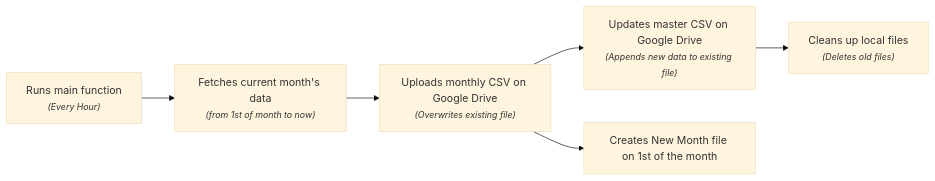
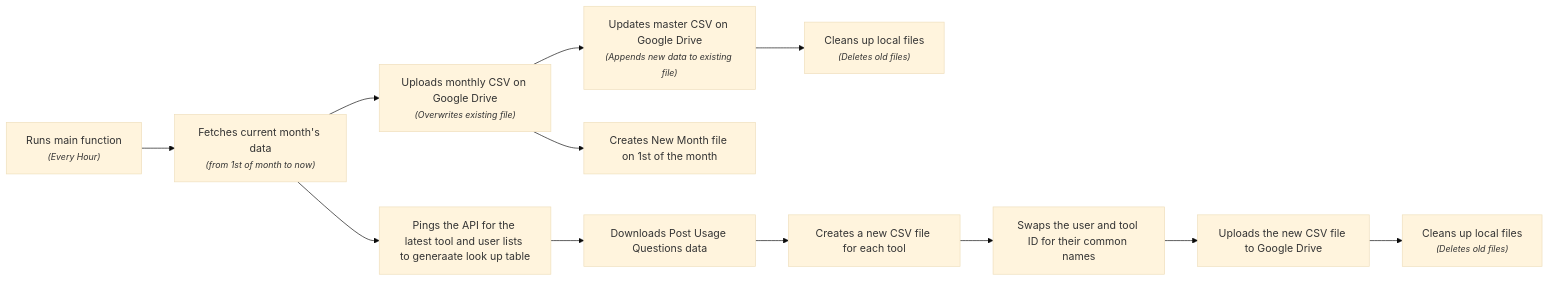
One commit to alexanderenrique/alexanderenrique.github.io changed the diagram in src/coding/nemo-to-drive.md. Above: the diagram before and after it, drawn with Mermaid (base theme). The commit also changed other lines of this file and 8 other files, not shown here.

```diff
--- a/src/coding/nemo-to-drive.md
+++ b/src/coding/nemo-to-drive.md
@@ -24,9 +24,15 @@
 {% mermaid %}
 graph LR
     A["Runs main function<br><small><i>(Every Hour)</i></small>"]
   A --> B["Fetches current month's data<br><small><i>(from 1st of month to now)</i></small>"]
   B --> C["Uploads monthly CSV on Google Drive<br><small><i>(Overwrites existing file)</i></small>"]
   C --> D["Updates master CSV on Google Drive<br><small><i>(Appends new data to existing file)</i></small>"]
   D --> E["Cleans up local files<br><small><i>(Deletes old files)</i></small>"]
   C --> F["Creates New Month file on 1st of the month"]
+  B --> G["Pings the API for the latest tool and user lists to generaate look up table"]
+  G --> H["Downloads Post Usage Questions data"]
+  H --> I["Creates a new CSV file for each tool"]
+  I --> J["Swaps the user and tool ID for their common names"]
+  J --> K["Uploads the new CSV file to Google Drive"]
+  K --> L["Cleans up local files<br><small><i>(Deletes old files)</i></small>"]
 {% endmermaid %}
```
